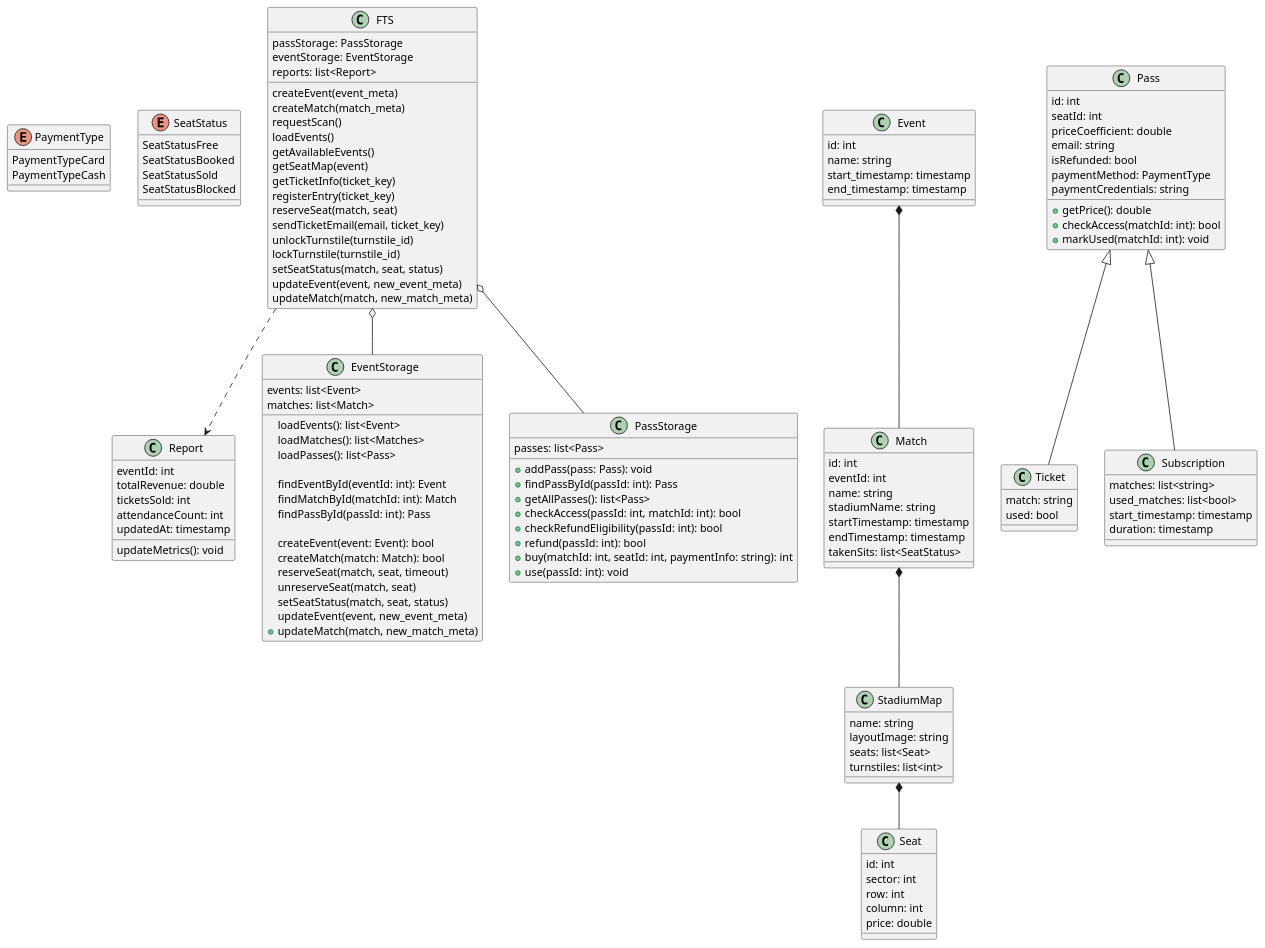
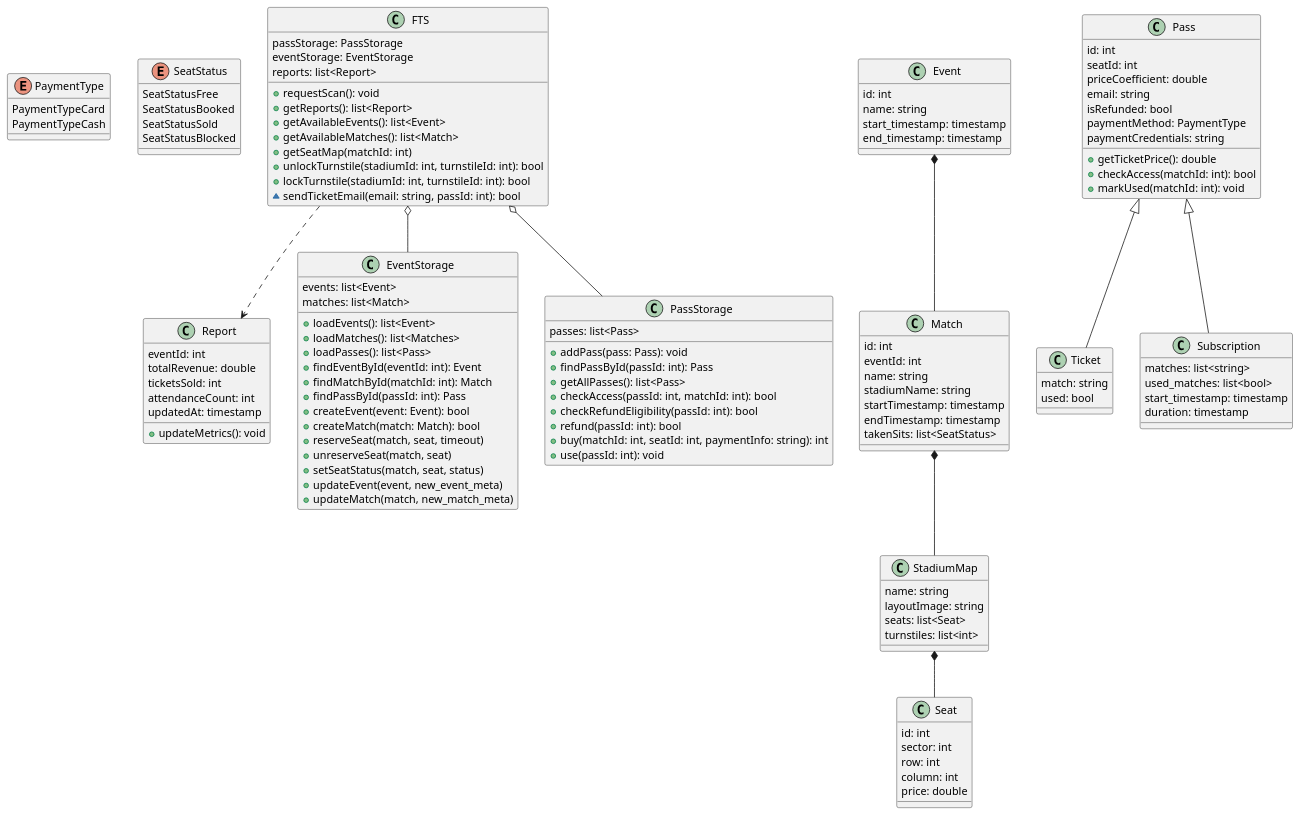
One commit to penamarth/bsbo-11-24_team5_var10_football changed the diagram in Диаграмма Классов.md. Above: the diagram before and after it, drawn with PlantUML. The commit also changed other lines of this file, not shown here.

Commit message:
Диаграмма классов

```diff
--- a/Диаграмма Классов.md
+++ b/Диаграмма Классов.md
@@ -16,21 +18,14 @@
 	passStorage: PassStorage
 	eventStorage: EventStorage
 	reports: list<Report>
-	createEvent(event_meta)
-	createMatch(match_meta)
-	requestScan()
-	loadEvents()
-	getAvailableEvents()
-	getSeatMap(event)
-	getTicketInfo(ticket_key)
-	registerEntry(ticket_key)
-	reserveSeat(match, seat)
-	sendTicketEmail(email, ticket_key)
-	unlockTurnstile(turnstile_id)
-	lockTurnstile(turnstile_id)
-	setSeatStatus(match, seat, status)
-	updateEvent(event, new_event_meta)
-	updateMatch(match, new_match_meta)
+	+ requestScan(): void
+    + getReports(): list<Report>
+	+ getAvailableEvents(): list<Event>
+	+ getAvailableMatches(): list<Match>
+	+ getSeatMap(matchId: int)
+	+ unlockTurnstile(stadiumId: int, turnstileId: int): bool
+	+ lockTurnstile(stadiumId: int, turnstileId: int): bool
+	~ sendTicketEmail(email: string, passId: int): bool
 }
 
 class Report {
@@ -39,29 +34,24 @@
 	ticketsSold: int
 	attendanceCount: int
 	updatedAt: timestamp
-	updateMetrics(): void
+	+ updateMetrics(): void
 }
 
 class EventStorage {
 	events: list<Event>
 	matches: list<Match>
-	loadEvents(): list<Event>
-	loadMatches(): list<Matches>
-	loadPasses(): list<Pass>
-	
-	findEventById(eventId: int): Event
-	findMatchById(matchId: int): Match
-	findPassById(passId: int): Pass
-	
-	createEvent(event: Event): bool
-	createMatch(match: Match): bool
-	
-	
-	
-	reserveSeat(match, seat, timeout)
-	unreserveSeat(match, seat)
-	setSeatStatus(match, seat, status)
-	updateEvent(event, new_event_meta)
+	+ loadEvents(): list<Event>
+	+ loadMatches(): list<Matches>
+	+ loadPasses(): list<Pass>
+	+ findEventById(eventId: int): Event
+	+ findMatchById(matchId: int): Match
+	+ findPassById(passId: int): Pass
+	+ createEvent(event: Event): bool
+	+ createMatch(match: Match): bool
+	+ reserveSeat(match, seat, timeout)
+	+ unreserveSeat(match, seat)
+	+ setSeatStatus(match, seat, status)
+	+ updateEvent(event, new_event_meta)
 	+ updateMatch(match, new_match_meta)
 }
 
@@ -117,7 +107,7 @@
 	isRefunded: bool
 	paymentMethod: PaymentType
 	paymentCredentials: string
-	+ getPrice(): double
+	+ getTicketPrice(): double
 	+ checkAccess(matchId: int): bool
 	+ markUsed(matchId: int): void 
 }
```
